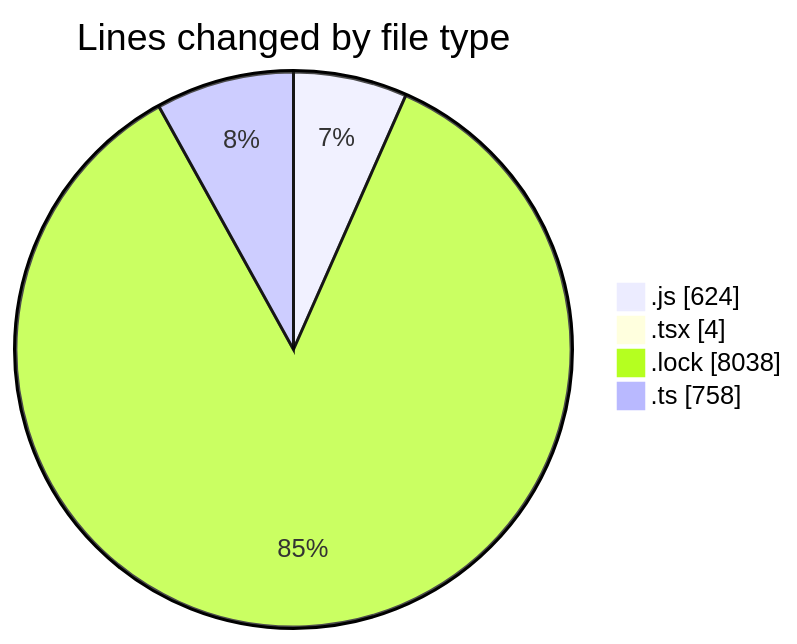
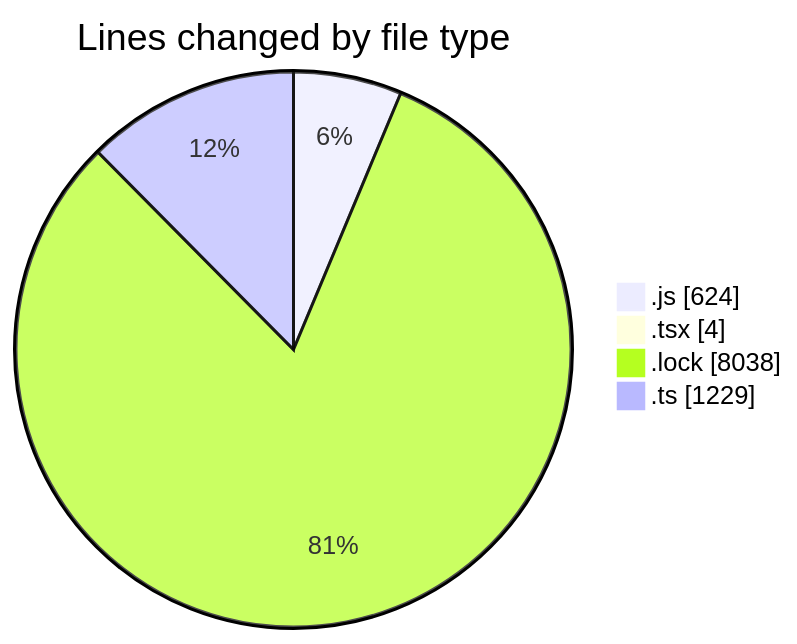
One commit to momahboobian/code-tracking changed the first of 2 diagrams in 2025-03-11/cda/README.md. Above: the diagram before and after it, drawn with Mermaid. The commit also changed other lines of this file and 1 other file, not shown here.

````diff
--- a/2025-03-11/cda/README.md
+++ b/2025-03-11/cda/README.md
@@ -35,8 +35,8 @@
 ```mermaid
 pie showData
 title Lines changed by file type
 ".js" : 624
 ".tsx" : 4
 ".lock" : 8038
-".ts" : 758
+".ts" : 1229
 ```
````
